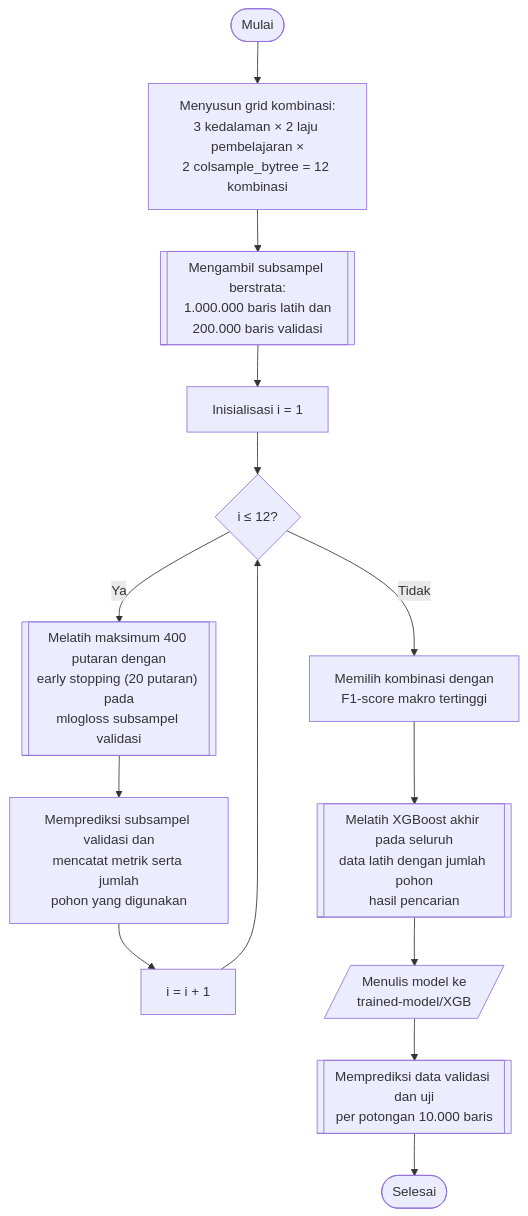
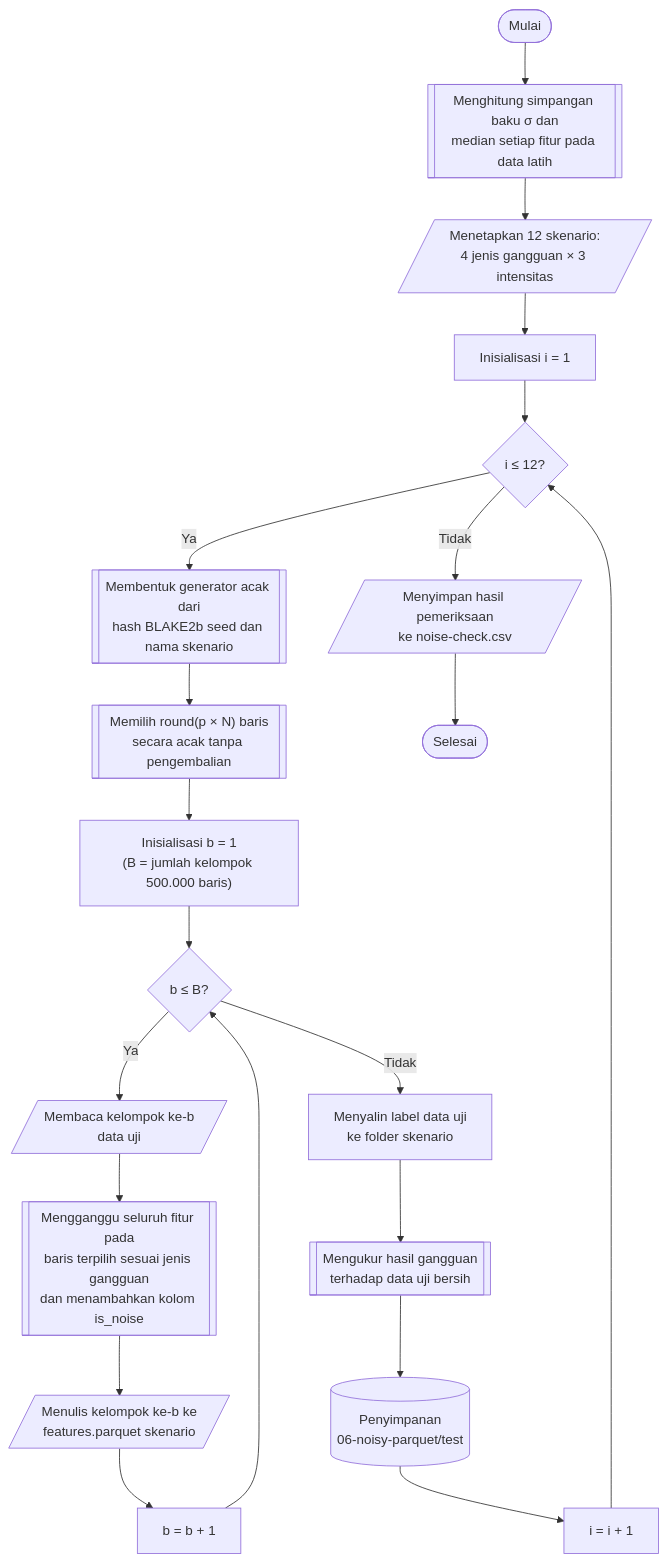
The diagram in thesis/diagram/bab_04/diagram_04_14_01.mmd (JoxNeis/mlids-robustness), drawn with Mermaid before and after one commit. The commit also changed 80 other files, not shown here.

```diff
--- a/thesis/diagram/bab_04/diagram_04_14_01.mmd
+++ b/thesis/diagram/bab_04/diagram_04_14_01.mmd
@@ -1,17 +1,25 @@
 flowchart TD
     mulai(["Mulai"])
-    mulai --> grid["Menyusun grid kombinasi:<br>3 kedalaman × 2 laju pembelajaran ×<br>2 colsample_bytree = 12 kombinasi"]
-    grid --> subsampel[["Mengambil subsampel berstrata:<br>1.000.000 baris latih dan<br>200.000 baris validasi"]]
-    subsampel --> init_i["Inisialisasi i = 1"]
+    mulai --> statistik[["Menghitung simpangan baku σ dan<br>median setiap fitur pada data latih"]]
+    statistik --> skenario[/"Menetapkan 12 skenario:<br>4 jenis gangguan × 3 intensitas"/]
+    skenario --> init_i["Inisialisasi i = 1"]
     init_i --> cek_i{"i ≤ 12?"}
 
-    cek_i -->|"Ya"| latih_i[["Melatih maksimum 400 putaran dengan<br>early stopping (20 putaran) pada<br>mlogloss subsampel validasi"]]
-    latih_i --> nilai["Memprediksi subsampel validasi dan<br>mencatat metrik serta jumlah<br>pohon yang digunakan"]
-    nilai --> inc_i["i = i + 1"]
+    cek_i -->|"Ya"| rng[["Membentuk generator acak dari<br>hash BLAKE2b seed dan nama skenario"]]
+    rng --> pilih[["Memilih round(p × N) baris<br>secara acak tanpa pengembalian"]]
+    pilih --> init_b["Inisialisasi b = 1<br>(B = jumlah kelompok 500.000 baris)"]
+    init_b --> cek_b{"b ≤ B?"}
+    cek_b -->|"Ya"| baca[/"Membaca kelompok ke-b<br>data uji"/]
+    baca --> ganggu[["Mengganggu seluruh fitur pada<br>baris terpilih sesuai jenis gangguan<br>dan menambahkan kolom is_noise"]]
+    ganggu --> tulis[/"Menulis kelompok ke-b ke<br>features.parquet skenario"/]
+    tulis --> inc_b["b = b + 1"]
+    inc_b --> cek_b
+
+    cek_b -->|"Tidak"| salin["Menyalin label data uji<br>ke folder skenario"]
+    salin --> ukur[["Mengukur hasil gangguan<br>terhadap data uji bersih"]]
+    ukur --> simpan[("Penyimpanan<br>06-noisy-parquet/test")]
+    simpan --> inc_i["i = i + 1"]
     inc_i --> cek_i
 
-    cek_i -->|"Tidak"| pilih["Memilih kombinasi dengan<br>F1-score makro tertinggi"]
-    pilih --> latih[["Melatih XGBoost akhir pada seluruh<br>data latih dengan jumlah pohon<br>hasil pencarian"]]
-    latih --> simpan_model[/"Menulis model ke<br>trained-model/XGB"/]
-    simpan_model --> prediksi[["Memprediksi data validasi dan uji<br>per potongan 10.000 baris"]]
-    prediksi --> selesai(["Selesai"])
+    cek_i -->|"Tidak"| laporan[/"Menyimpan hasil pemeriksaan<br>ke noise-check.csv"/]
+    laporan --> selesai(["Selesai"])
```
